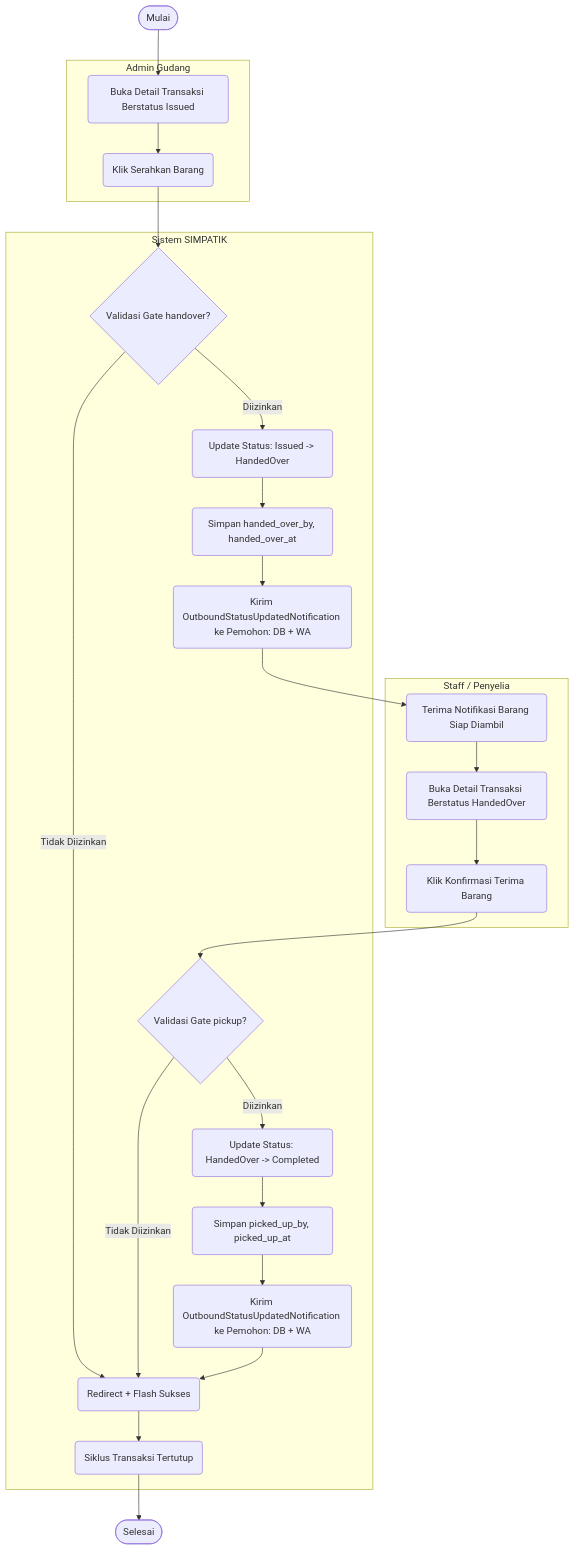
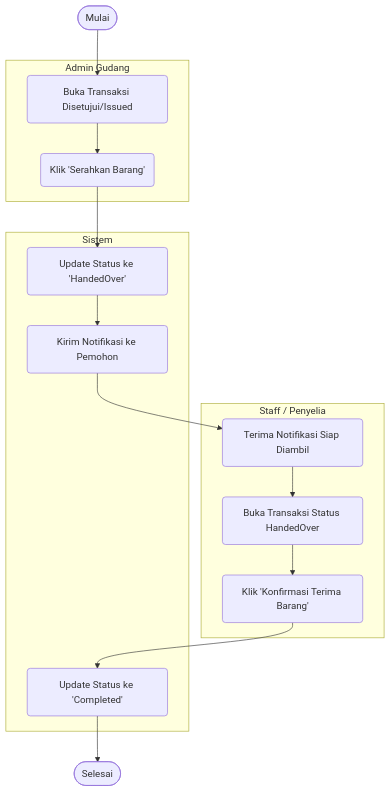
The ninth of 14 diagrams in laporan_activity_diagram.md (wahyu2021/SIMPATIK), drawn with Mermaid before and after one commit. The commit also changed other lines of this file and 34 other files, not shown here.

Commit message:
Menyempurnakan logika seeder (User, Master Barang, dan Transaksi) agar lebih realistis

````diff
--- a/laporan_activity_diagram.md
+++ b/laporan_activity_diagram.md
@@ -522,51 +354,32 @@
 ```mermaid
 flowchart TD
     Start([Mulai])
     End([Selesai])
 
     subgraph AdminGudang [Admin Gudang]
-        A(Buka Detail Transaksi Berstatus Issued)
-        B(Klik Serahkan Barang)
+        A(Buka Transaksi Disetujui/Issued)
+        B(Klik 'Serahkan Barang')
     end
 
-    subgraph StaffPenyelia [Staff / Penyelia]
-        F(Terima Notifikasi Barang Siap Diambil)
-        G(Buka Detail Transaksi Berstatus HandedOver)
-        H(Klik Konfirmasi Terima Barang)
+    subgraph Pemohon [Staff / Penyelia]
+        E(Terima Notifikasi Siap Diambil)
+        F(Buka Transaksi Status HandedOver)
+        G(Klik 'Konfirmasi Terima Barang')
     end
 
-    subgraph Sistem [Sistem SIMPATIK]
-        C{Validasi Gate handover?}
-        D(Update Status: Issued -> HandedOver)
-        D2(Simpan handed_over_by, handed_over_at)
-        E(Kirim OutboundStatusUpdatedNotification ke Pemohon: DB + WA)
-        I{Validasi Gate pickup?}
-        J(Update Status: HandedOver -> Completed)
-        J2(Simpan picked_up_by, picked_up_at)
-        K(Kirim OutboundStatusUpdatedNotification ke Pemohon: DB + WA)
-        L(Redirect + Flash Sukses)
-        M(Siklus Transaksi Tertutup)
+    subgraph Sistem
+        C(Update Status ke 'HandedOver')
+        D(Kirim Notifikasi ke Pemohon)
+        H(Update Status ke 'Completed')
     end
 
     Start --> A
     A --> B
     B --> C
-
-    C -- Tidak Diizinkan --> L
-    C -- Diizinkan --> D
-    D --> D2
-    D2 --> E
+    C --> D
+    D --> E
     E --> F
-
     F --> G
     G --> H
-    H --> I
-
-    I -- Tidak Diizinkan --> L
-    I -- Diizinkan --> J
-    J --> J2
-    J2 --> K
-    K --> L
-    L --> M
-    M --> End
+    H --> End
 ```
````
